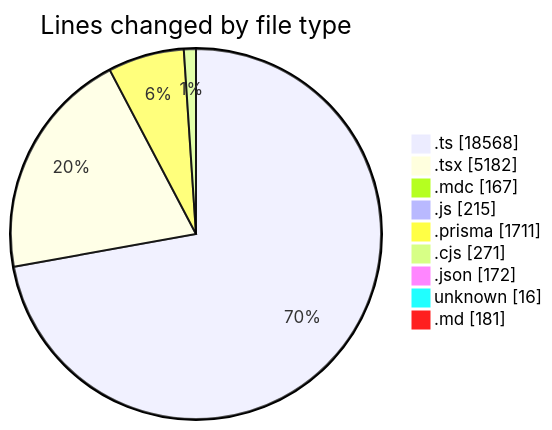
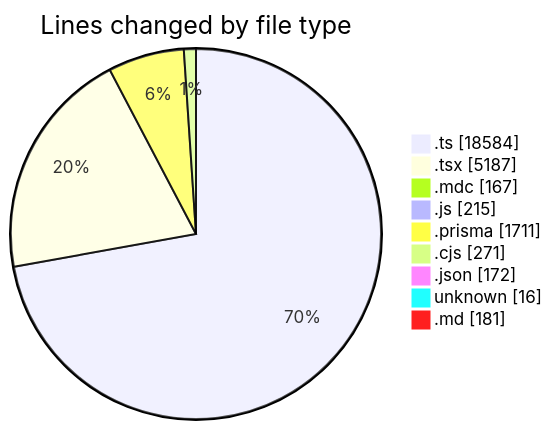
The first of 2 diagrams in 2025-06-06/ecodeli-1/README.md (CELIANVF/code-tracking), drawn with Mermaid before and after one commit. The commit also changed other lines of this file and 1 other file, not shown here.

````diff
--- a/2025-06-06/ecodeli-1/README.md
+++ b/2025-06-06/ecodeli-1/README.md
@@ -97,13 +97,13 @@
 ```mermaid
 pie showData
 title Lines changed by file type
-".ts" : 18568
-".tsx" : 5182
+".ts" : 18584
+".tsx" : 5187
 ".mdc" : 167
 ".js" : 215
 ".prisma" : 1711
 ".cjs" : 271
 ".json" : 172
 "unknown" : 16
 ".md" : 181
 ```
````
